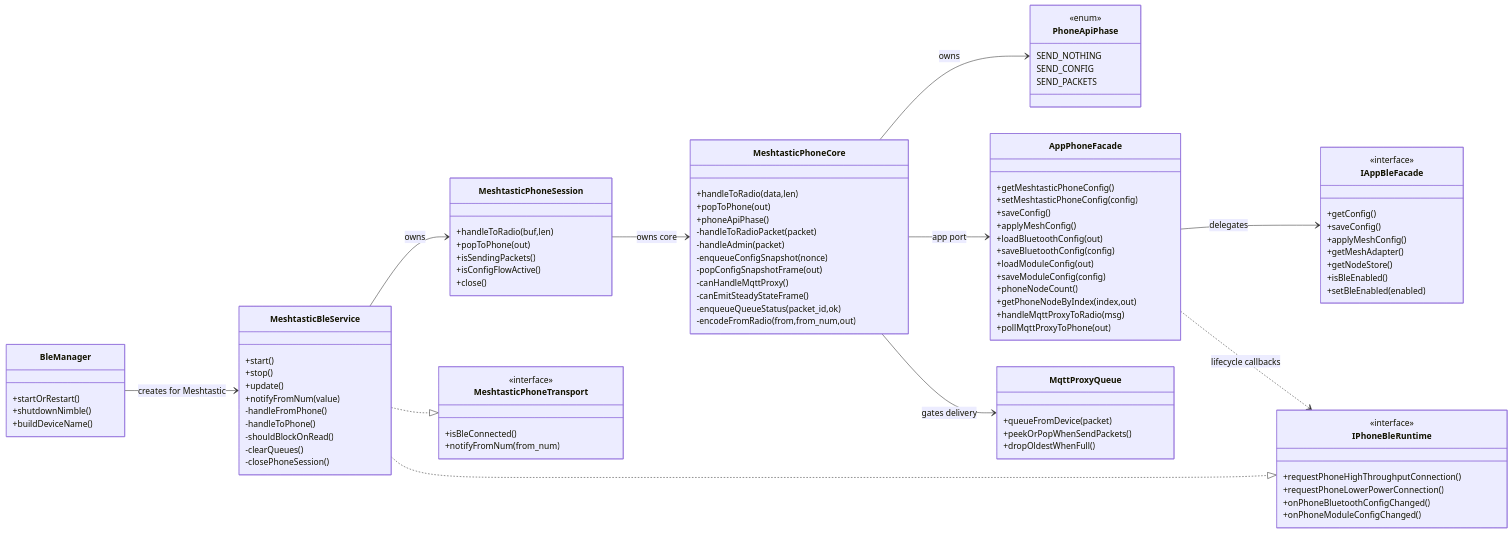
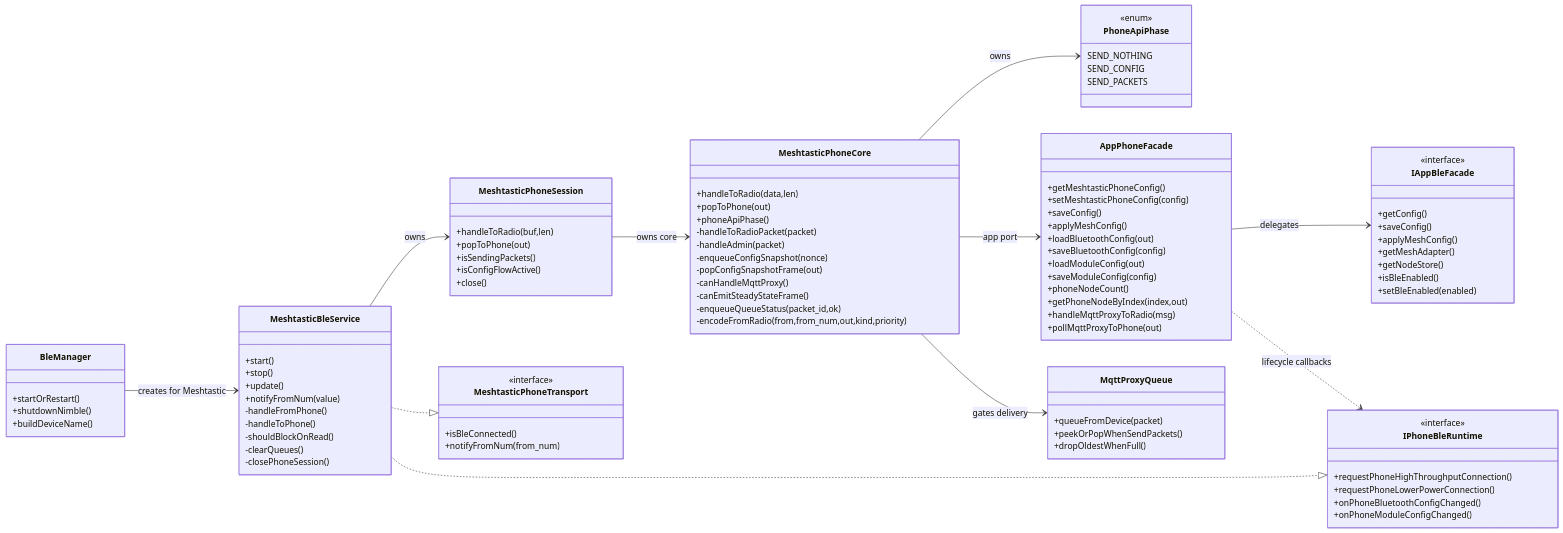
The first of 17 diagrams in docs/specification/MESHTASTIC_ANDROID_BLE_CONNECTION_SPEC.md (manmuqingshan/trail-mate), drawn with Mermaid before and after one commit. The commit also changed other lines of this file and 8 other files, not shown here.

Commit message:
Stabilize BLE FromRadio liveness flow

```diff
--- a/docs/specification/MESHTASTIC_ANDROID_BLE_CONNECTION_SPEC.md
+++ b/docs/specification/MESHTASTIC_ANDROID_BLE_CONNECTION_SPEC.md
@@ -141,7 +141,7 @@
         -canHandleMqttProxy()
         -canEmitSteadyStateFrame()
         -enqueueQueueStatus(packet_id,ok)
-        -encodeFromRadio(from,from_num,out)
+        -encodeFromRadio(from,from_num,out,kind,priority)
     }
 
     class PhoneApiPhase {
```
